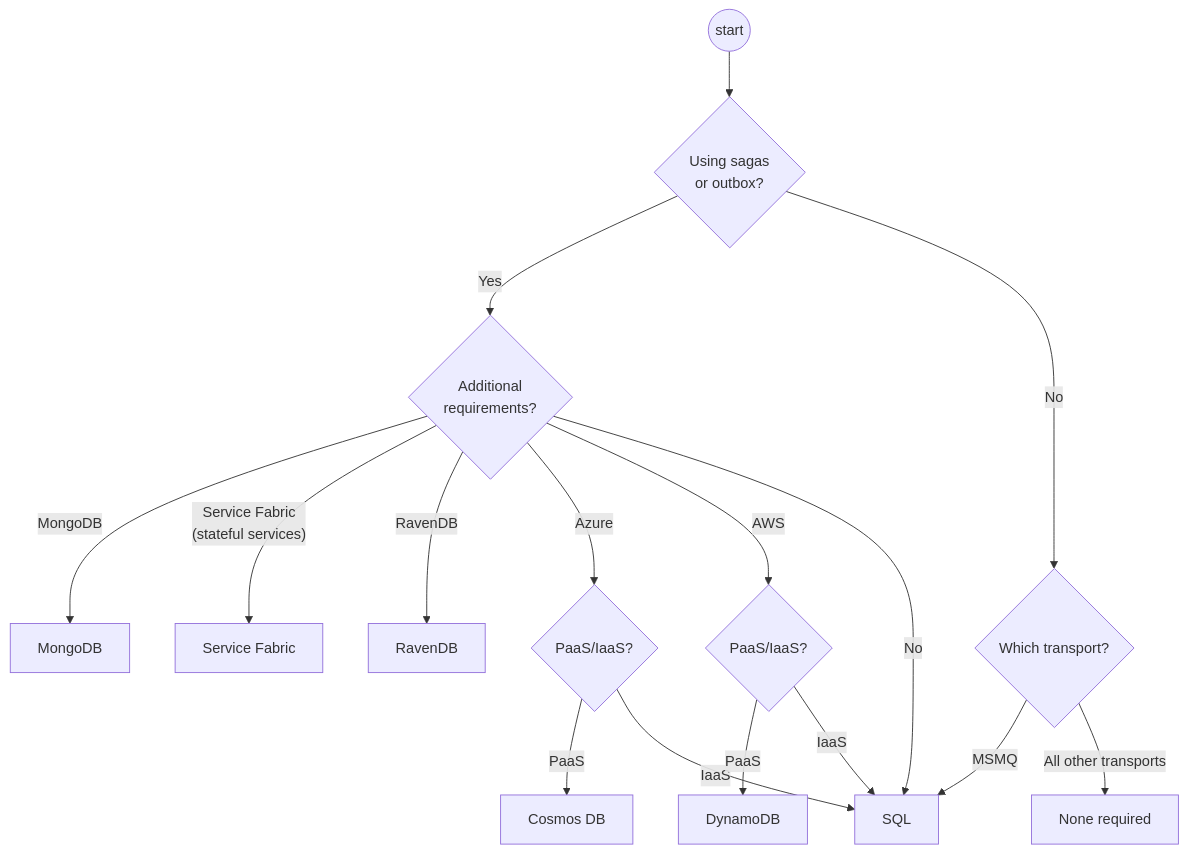
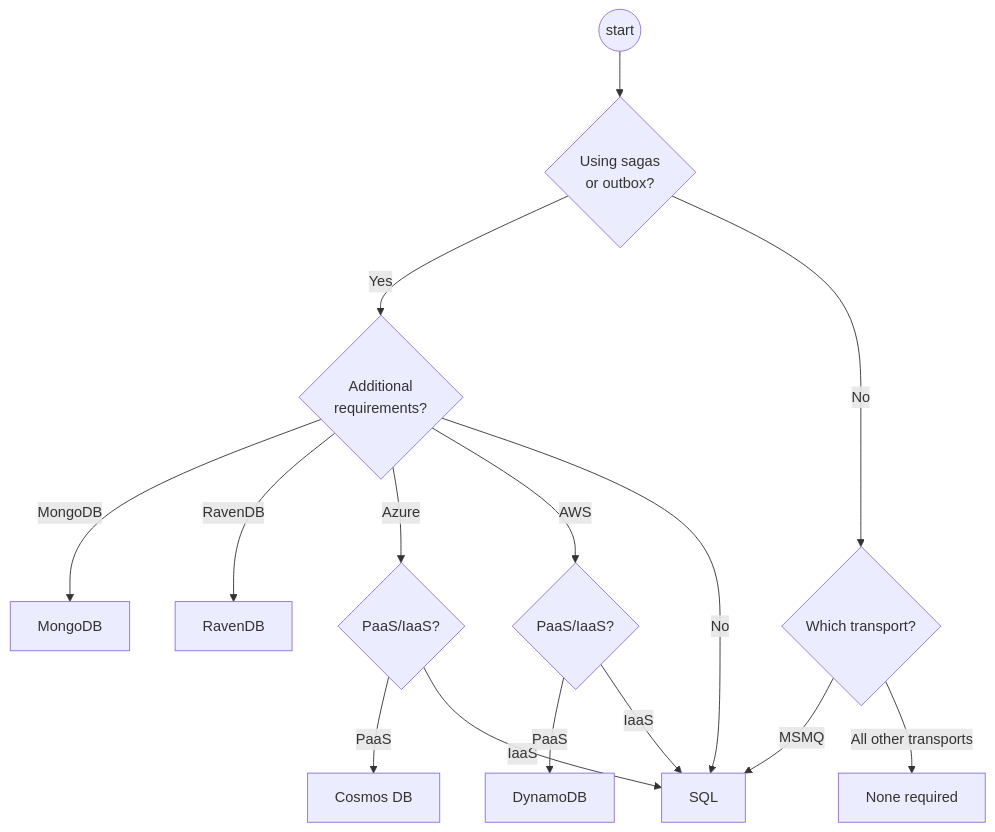
One commit to Particular/docs.particular.net changed the diagram in persistence/selecting.md. Above: the diagram before and after it, drawn with Mermaid. The commit also changed other lines of this file and 11 other files, not shown here.

First line of the commit message:
Sunsets Service Fabric persistence

````diff
--- a/persistence/selecting.md
+++ b/persistence/selecting.md
@@ -27,18 +27,17 @@
 ```mermaid
 graph TD
 start((start)) --> A{Using sagas<br /> or outbox?}
 A --> |Yes|B{Additional<br />requirements?}
 A --> |No| I{Which transport?}
 I --> |MSMQ|L[SQL]
 I --> |All other transports|J[None required]
 B --> |MongoDB|M[MongoDB]
-B --> |"Service Fabric<br/>(stateful services)"|C[Service Fabric]
 B --> |RavenDB|E[RavenDB]
 B --> |Azure|Q{PaaS/IaaS?}
 B --> |AWS|P{PaaS/IaaS?}
 B --> |No|L
 Q --> |PaaS|G[Cosmos DB]
 Q --> |IaaS|L
 P --> |PaaS|H[DynamoDB]
 P --> |IaaS|L
 ```
````
